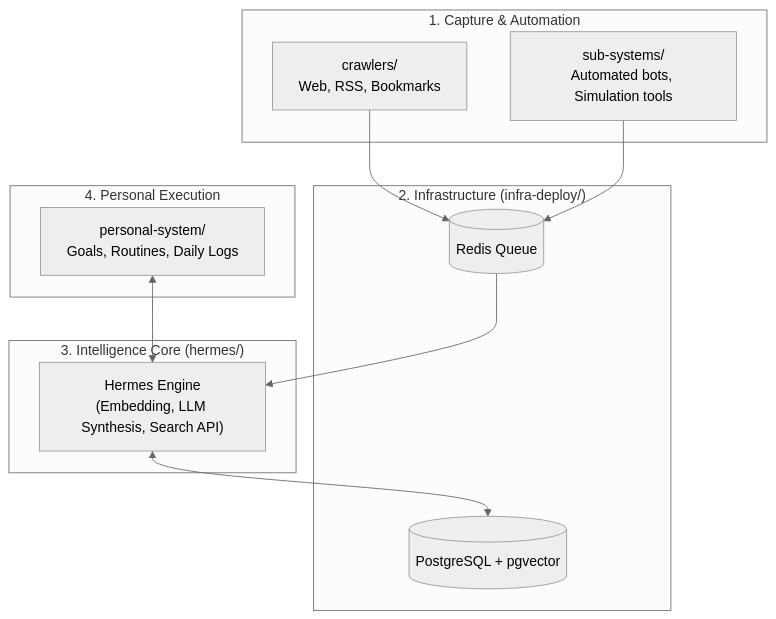
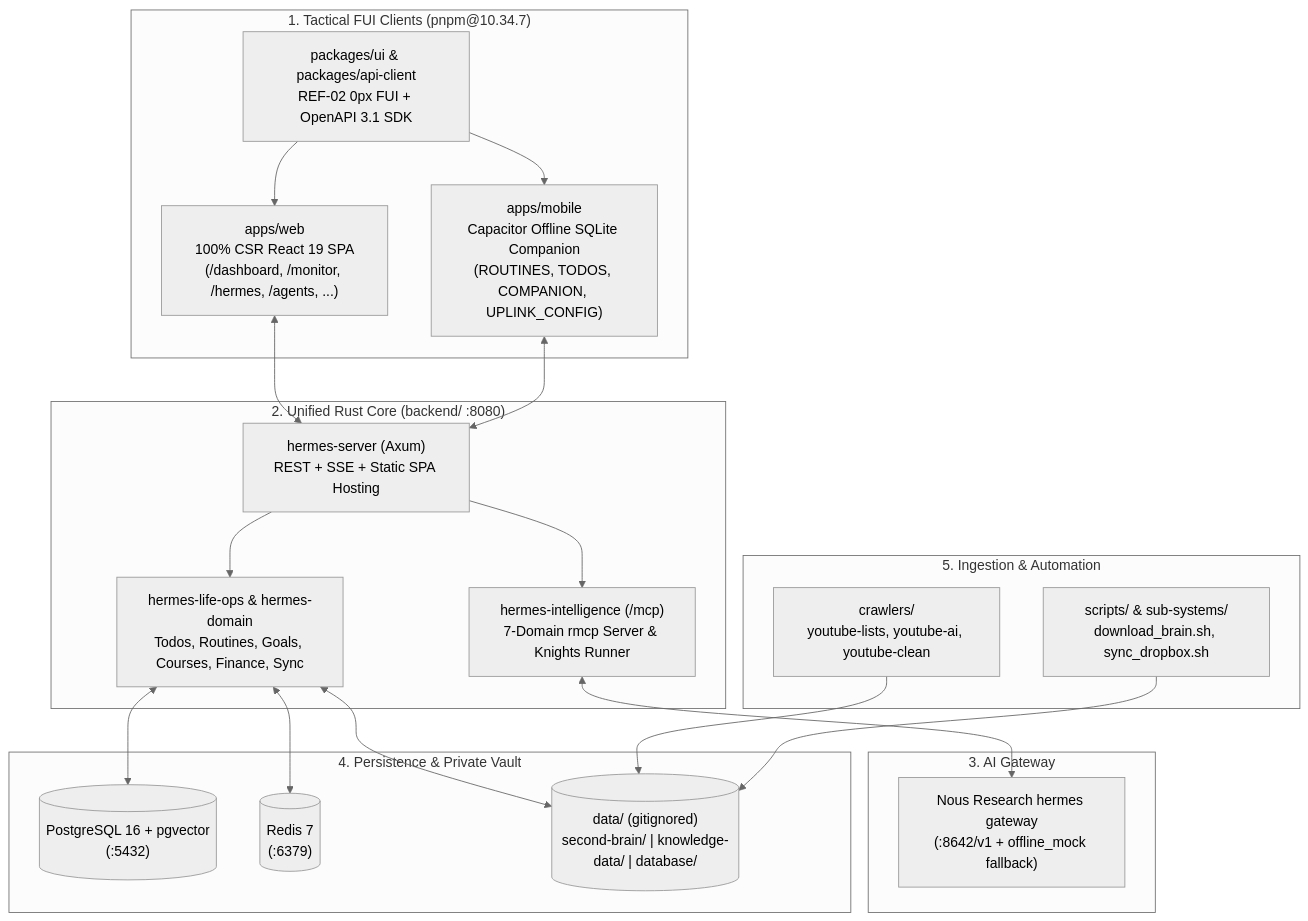
Before and after one commit to vitorecomp/personal-life-manager: the diagram in README.md, drawn with Mermaid (neutral theme). The commit also changed other lines of this file and 119 other files, not shown here.

````diff
--- a/README.md
+++ b/README.md
@@ -9,26 +9,42 @@
 ```mermaid
 flowchart TD
-    subgraph Capture["1. Capture & Automation"]
-        CR["crawlers/\nWeb, RSS, Bookmarks"]
-        SCH["sub-systems/\nAutomated bots, Simulation tools"]
+    subgraph Clients["1. Tactical FUI Clients (pnpm@10.34.7)"]
+        WEB["apps/web\n100% CSR React 19 SPA\n(/dashboard, /monitor, /hermes, /agents, ...)"]
+        MOB["apps/mobile\nCapacitor Offline SQLite Companion\n(ROUTINES, TODOS, COMPANION, UPLINK_CONFIG)"]
+        UI["packages/ui & packages/api-client\nREF-02 0px FUI + OpenAPI 3.1 SDK"]
     end
 
-    subgraph Infrastructure["2. Infrastructure (infra-deploy/)"]
-        PG[("PostgreSQL + pgvector")]
-        RD[("Redis Queue")]
+    subgraph Backend["2. Unified Rust Core (backend/ :8080)"]
+        SRV["hermes-server (Axum)\nREST + SSE + Static SPA Hosting"]
+        MCP["hermes-intelligence (/mcp)\n7-Domain rmcp Server & Knights Runner"]
+        OPS["hermes-life-ops & hermes-domain\nTodos, Routines, Goals, Courses, Finance, Sync"]
     end
 
-    subgraph Brain["3. Intelligence Core (hermes/)"]
-        HERMES["Hermes Engine\n(Embedding, LLM Synthesis, Search API)"]
+    subgraph AI["3. AI Gateway"]
+        HG["Nous Research hermes gateway\n(:8642/v1 + offline_mock fallback)"]
     end
 
-    subgraph LifeOps["4. Personal Execution"]
-        PS["personal-system/\nGoals, Routines, Daily Logs"]
+    subgraph Storage["4. Persistence & Private Vault"]
+        PG[("PostgreSQL 16 + pgvector\n(:5432)")]
+        RD[("Redis 7\n(:6379)")]
+        DATA[("data/ (gitignored)\nsecond-brain/ | knowledge-data/ | database/")]
     end
 
-    CR --> RD
-    SCH --> RD
-    RD --> HERMES
-    HERMES <--> PG
-    PS <--> HERMES
+    subgraph Capture["5. Ingestion & Automation"]
+        CR["crawlers/\nyoutube-lists, youtube-ai, youtube-clean"]
+        SC["scripts/ & sub-systems/\ndownload_brain.sh, sync_dropbox.sh"]
+    end
+
+    UI --> WEB
+    UI --> MOB
+    WEB <--> SRV
+    MOB <--> SRV
+    SRV --> OPS
+    SRV --> MCP
+    MCP <--> HG
+    OPS <--> PG
+    OPS <--> RD
+    OPS <--> DATA
+    CR --> DATA
+    SC --> DATA
 ```
````
